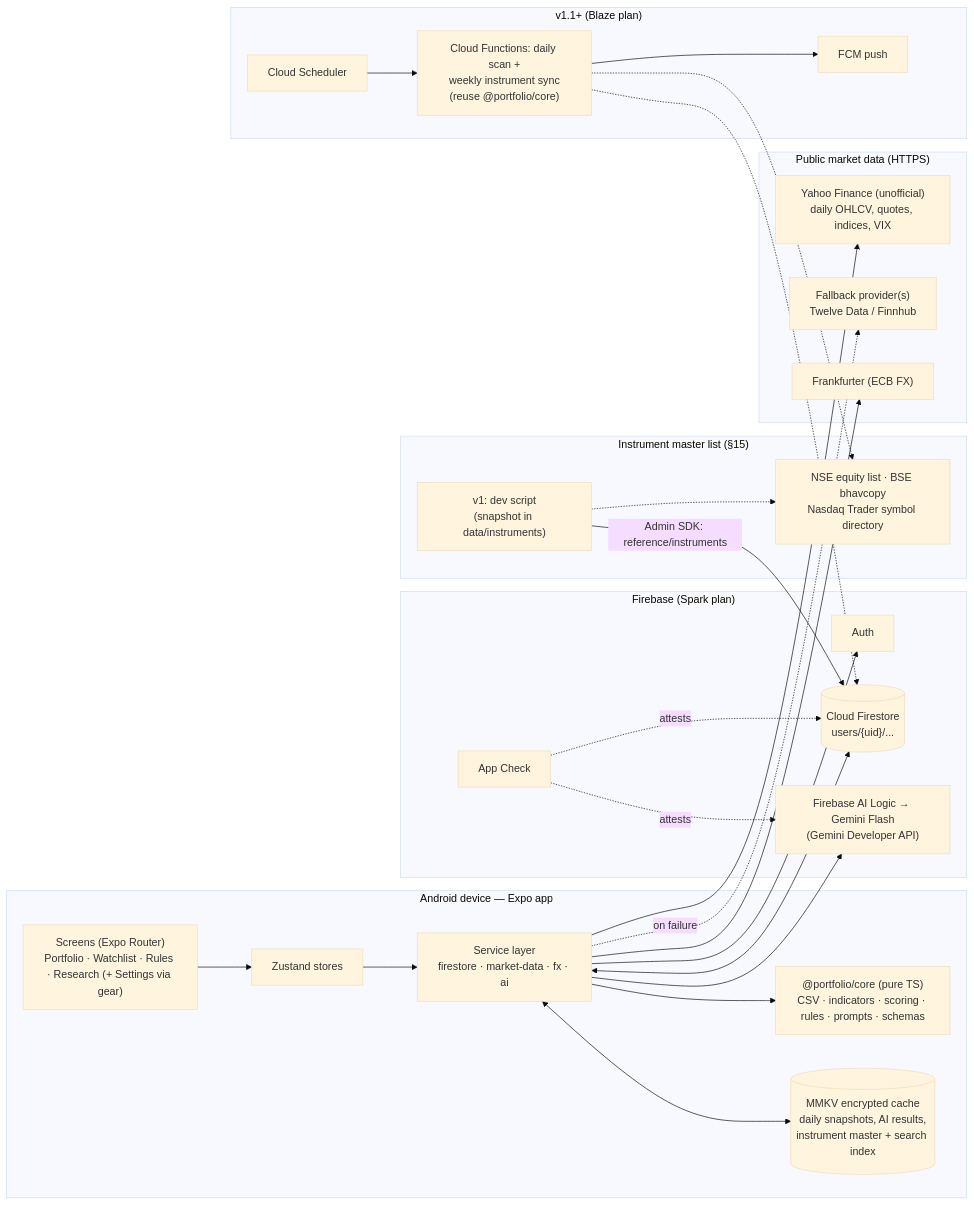
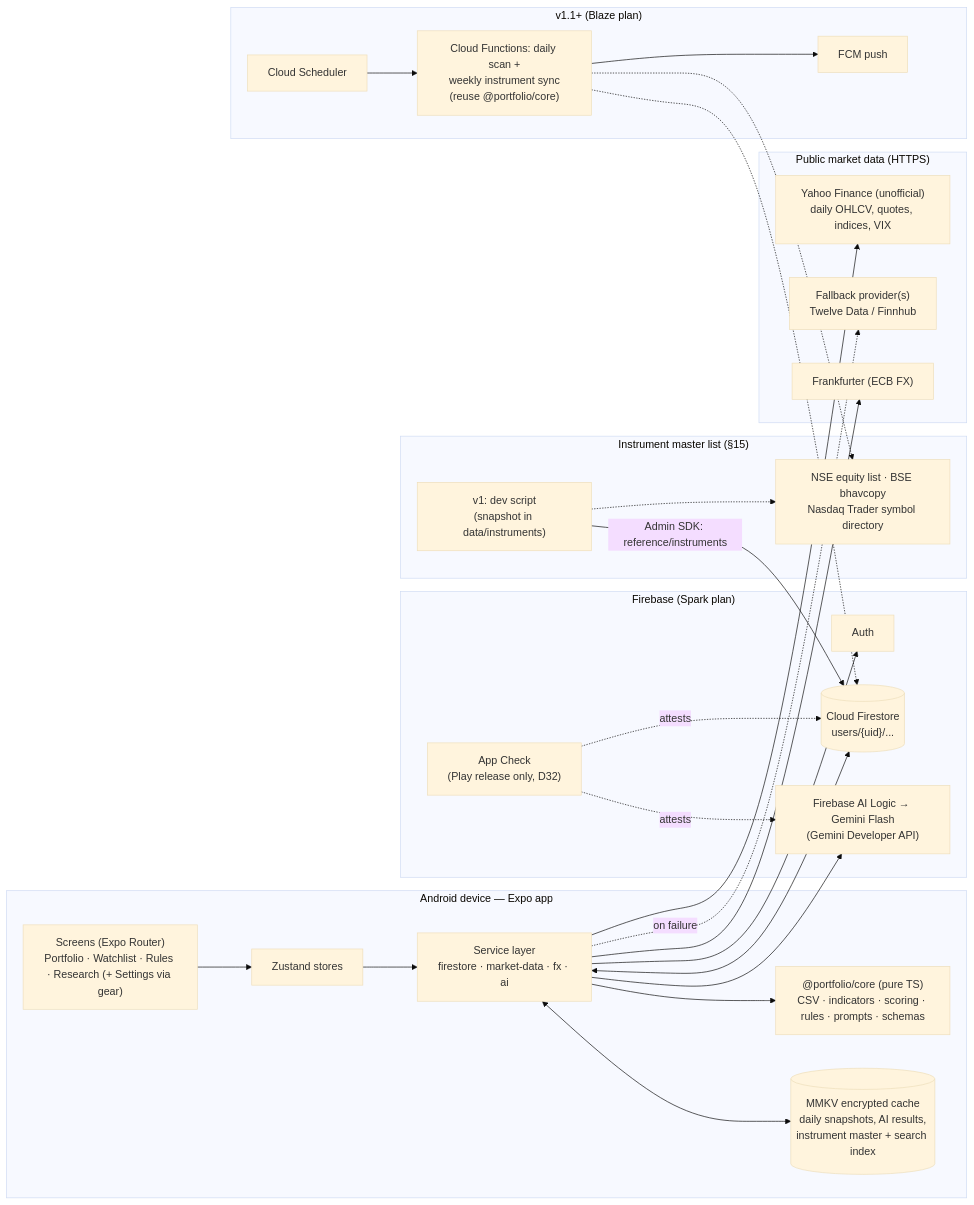
One commit to atulkb/my-portfolio changed the first of 2 diagrams in docs/HLD.md. Above: the diagram before and after it, drawn with Mermaid (base theme). The commit also changed other lines of this file and 4 other files, not shown here.

````diff
--- a/docs/HLD.md
+++ b/docs/HLD.md
@@ -31,48 +31,48 @@
 ```mermaid
 flowchart LR
   subgraph Device["Android device — Expo app"]
     UI["Screens (Expo Router)<br/>Portfolio · Watchlist · Rules · Research (+ Settings via gear)"]
     ST["Zustand stores"]
     SVC["Service layer<br/>firestore · market-data · fx · ai"]
     CORE["@portfolio/core (pure TS)<br/>CSV · indicators · scoring · rules · prompts · schemas"]
     MMKV[("MMKV encrypted cache<br/>daily snapshots, AI results,<br/>instrument master + search index")]
     UI --> ST --> SVC
     SVC --> CORE
     SVC <--> MMKV
   end
 
   subgraph Firebase["Firebase (Spark plan)"]
     AUTH["Auth"]
     FS[("Cloud Firestore<br/>users/{uid}/...")]
-    AC["App Check"]
+    AC["App Check<br/>(Play release only, D32)"]
     AIL["Firebase AI Logic → Gemini Flash<br/>(Gemini Developer API)"]
   end
 
   subgraph Market["Public market data (HTTPS)"]
     YF["Yahoo Finance (unofficial)<br/>daily OHLCV, quotes, indices, VIX"]
     FB["Fallback provider(s)<br/>Twelve Data / Finnhub"]
     FX["Frankfurter (ECB FX)"]
   end
 
   SVC --> AUTH
   SVC <--> FS
   SVC --> AIL
   AC -. attests .-> FS
   AC -. attests .-> AIL
   SVC --> YF
   SVC -. on failure .-> FB
   SVC --> FX
 
   subgraph Sync["Instrument master list (§15)"]
     DEV["v1: dev script<br/>(snapshot in data/instruments)"]
     SRC["NSE equity list · BSE bhavcopy<br/>Nasdaq Trader symbol directory"]
     DEV -.-> SRC
   end
   DEV -- "Admin SDK: reference/instruments" --> FS
 
   subgraph Later["v1.1+ (Blaze plan)"]
     SCH["Cloud Scheduler"] --> CF["Cloud Functions: daily scan +<br/>weekly instrument sync<br/>(reuse @portfolio/core)"] --> FCM["FCM push"]
     CF -.-> SRC
   end
   CF -.-> FS
 ```
````
